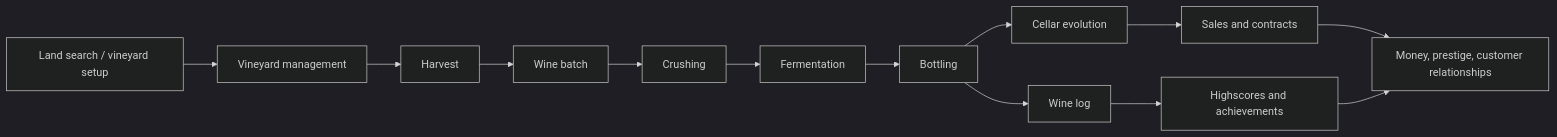
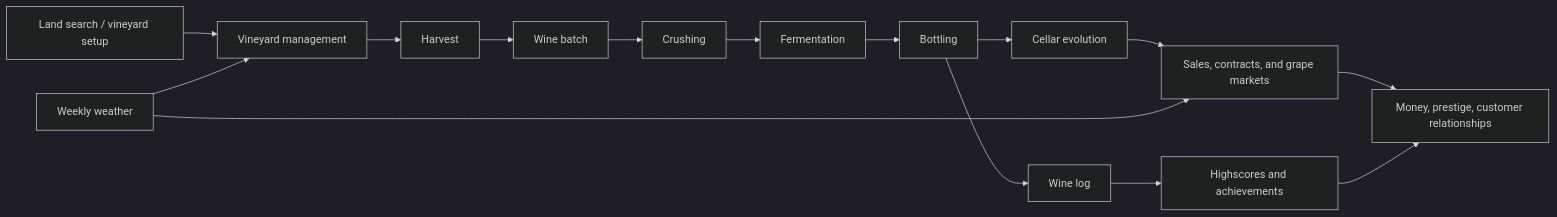
One commit to gram12321/winemaker04 changed the first of 10 diagrams in docs/WineSystem_VariableRelationshipMap.md. Above: the diagram before and after it, drawn with Mermaid (dark theme). The commit also changed other lines of this file and 32 other files, not shown here.

````diff
--- a/docs/WineSystem_VariableRelationshipMap.md
+++ b/docs/WineSystem_VariableRelationshipMap.md
@@ -25,15 +26,17 @@
 ```mermaid
 flowchart LR
   LS["Land search / vineyard setup"] --> VM["Vineyard management"]
+  WX["Weekly weather"] --> VM
   VM --> H["Harvest"]
   H --> WB["Wine batch"]
   WB --> C["Crushing"]
   C --> F["Fermentation"]
   F --> B["Bottling"]
   B --> CE["Cellar evolution"]
-  CE --> S["Sales and contracts"]
+  CE --> S["Sales, contracts, and grape markets"]
   B --> WL["Wine log"]
   WL --> PR["Highscores and achievements"]
   S --> ECO["Money, prestige, customer relationships"]
   PR --> ECO
+  WX --> S
 ```
````
